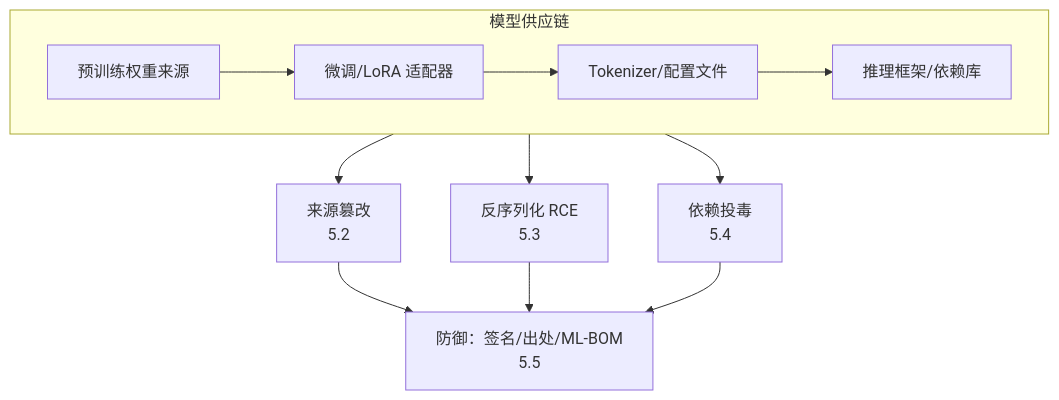
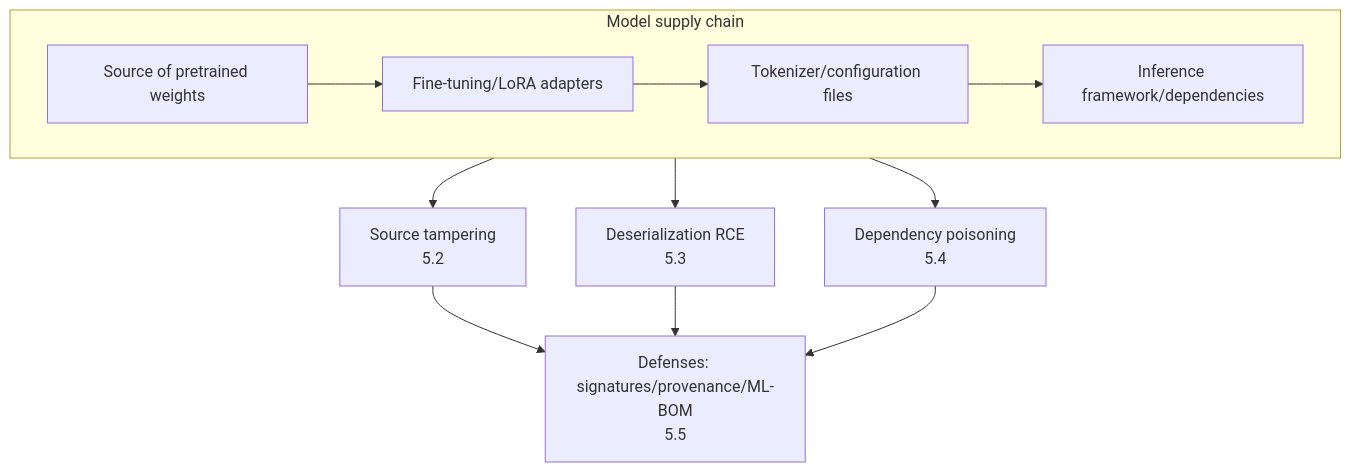
The first of 2 diagrams in docs/safety/03-data-model-supply-chain/05-model-supply-chain-serialization-risks.md (oneleaveknowsthefall/awesome-ai-roadmap), drawn with Mermaid before and after one commit. The commit also changed other lines of this file and 82 other files, not shown here.

````diff
--- a/docs/safety/03-data-model-supply-chain/05-model-supply-chain-serialization-risks.md
+++ b/docs/safety/03-data-model-supply-chain/05-model-supply-chain-serialization-risks.md
@@ -11,14 +11,14 @@
 ```mermaid
 flowchart TB
-    subgraph SC["模型供应链"]
-        S1[预训练权重来源] --> S2[微调/LoRA 适配器]
-        S2 --> S3[Tokenizer/配置文件]
-        S3 --> S4[推理框架/依赖库]
+    subgraph SC["Model supply chain"]
+        S1[Source of pretrained weights] --> S2[Fine-tuning/LoRA adapters]
+        S2 --> S3[Tokenizer/configuration files]
+        S3 --> S4[Inference framework/dependencies]
     end
-    SC --> R1[来源篡改<br/>5.2]
-    SC --> R2[反序列化 RCE<br/>5.3]
-    SC --> R3[依赖投毒<br/>5.4]
-    R1 --> D[防御：签名/出处/ML-BOM<br/>5.5]
+    SC --> R1[Source tampering<br/>5.2]
+    SC --> R2[Deserialization RCE<br/>5.3]
+    SC --> R3[Dependency poisoning<br/>5.4]
+    R1 --> D[Defenses: signatures/provenance/ML-BOM<br/>5.5]
     R2 --> D
     R3 --> D
 ```
````
